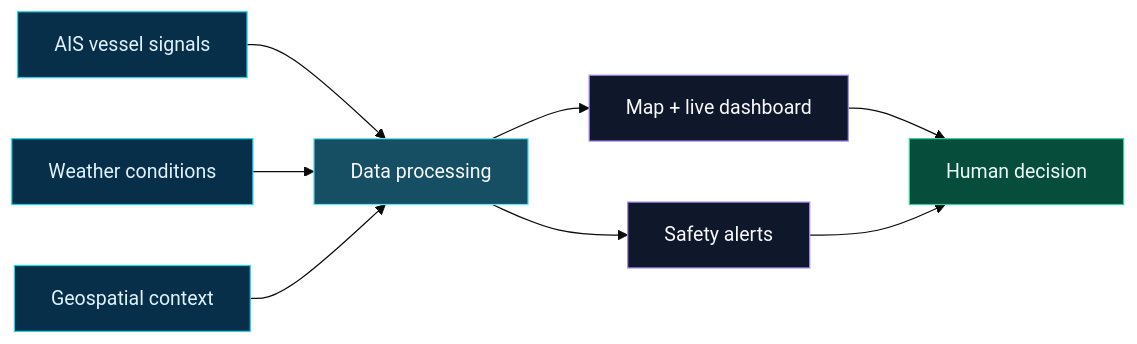
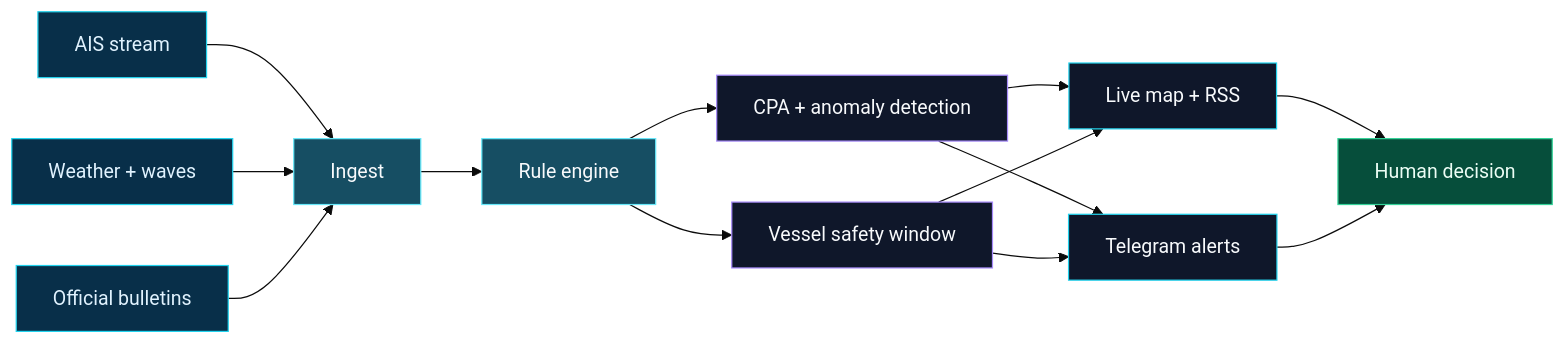
Before and after one commit to KeremKalyoncu/KeremKalyoncu: the diagram in KeremKalyoncu-profile-README.md, drawn with Mermaid (base theme). The commit also changed other lines of this file, not shown here.

````diff
--- a/KeremKalyoncu-profile-README.md
+++ b/KeremKalyoncu-profile-README.md
@@ -129,17 +217,25 @@
 ```mermaid
 flowchart LR
-    A[AIS vessel signals] --> D[Data processing]
-    B[Weather conditions] --> D
-    C[Geospatial context] --> D
-    D --> E[Map + live dashboard]
-    D --> F[Safety alerts]
-    E --> G[Human decision]
-    F --> G
+    A[AIS stream] --> D[Ingest]
+    B[Weather + waves] --> D
+    C[Official bulletins] --> D
+    D --> E[Rule engine]
+    E --> F[CPA + anomaly detection]
+    E --> G[Vessel safety window]
+    F --> H[Live map + RSS]
+    G --> H
+    F --> I[Telegram alerts]
+    G --> I
+    H --> J[Human decision]
+    I --> J
     style A fill:#082F49,stroke:#22D3EE,color:#E0F2FE
     style B fill:#082F49,stroke:#22D3EE,color:#E0F2FE
     style C fill:#082F49,stroke:#22D3EE,color:#E0F2FE
     style D fill:#164E63,stroke:#67E8F9,color:#F8FAFC
-    style E fill:#0F172A,stroke:#A78BFA,color:#F8FAFC
+    style E fill:#164E63,stroke:#67E8F9,color:#F8FAFC
     style F fill:#0F172A,stroke:#A78BFA,color:#F8FAFC
-    style G fill:#064E3B,stroke:#34D399,color:#ECFDF5
+    style G fill:#0F172A,stroke:#A78BFA,color:#F8FAFC
+    style H fill:#0F172A,stroke:#22D3EE,color:#F8FAFC
+    style I fill:#0F172A,stroke:#22D3EE,color:#F8FAFC
+    style J fill:#064E3B,stroke:#34D399,color:#ECFDF5
 ```
````
